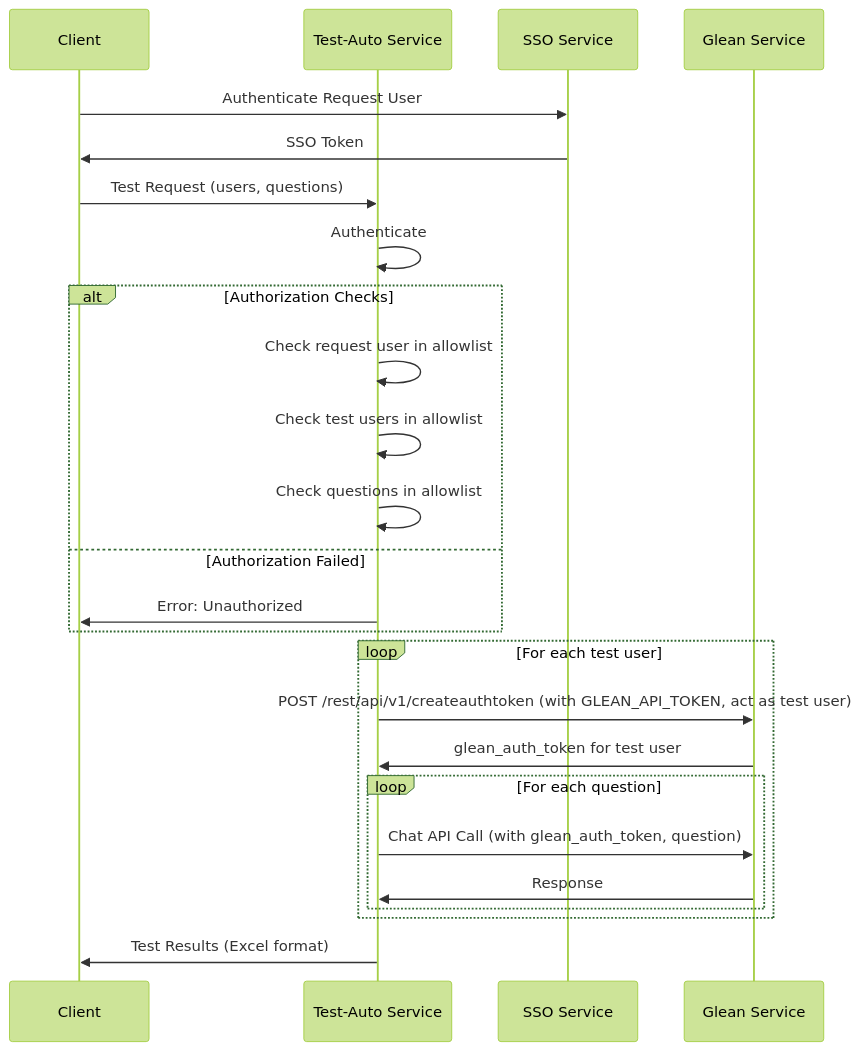
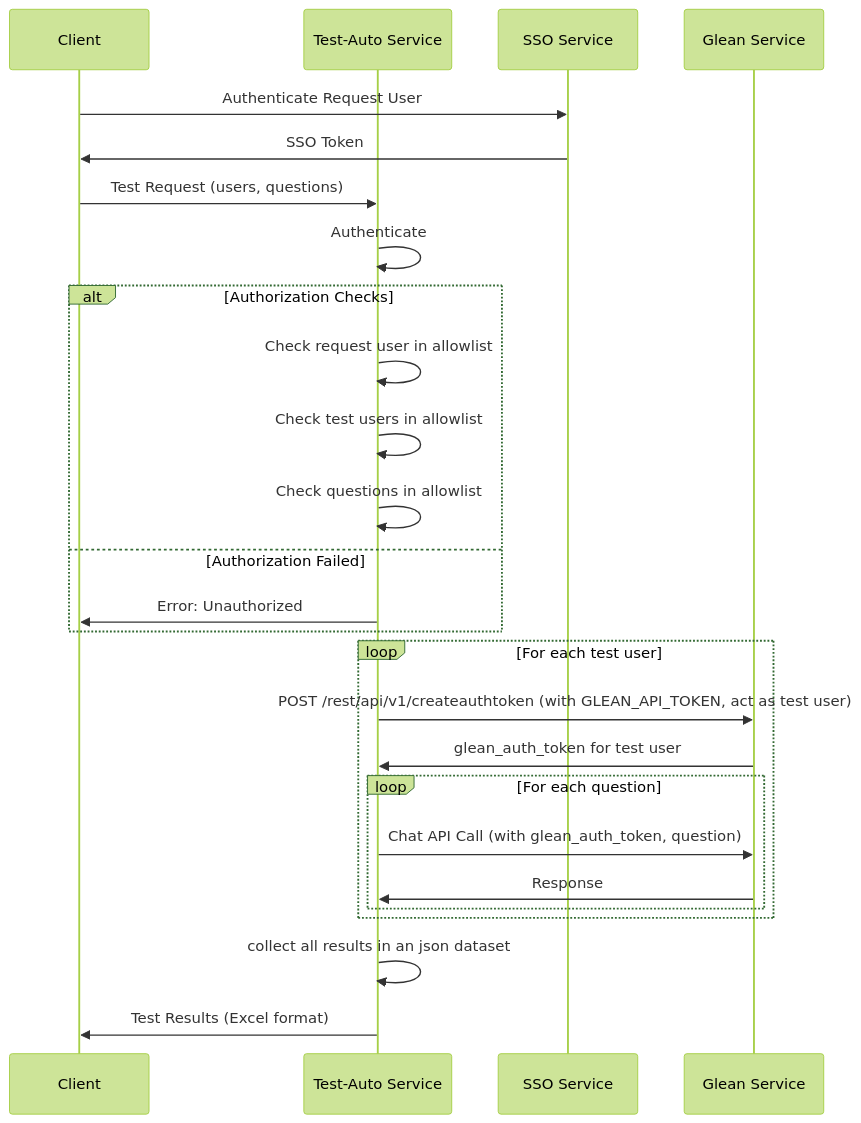
The second of 2 diagrams in test-automation-architecture.md (andrewhzy/test-automation), drawn with Mermaid (forest theme) before and after one commit. The commit also changed other lines of this file, not shown here.

````diff
--- a/test-automation-architecture.md
+++ b/test-automation-architecture.md
@@ -47,30 +47,31 @@
 ```mermaid
 sequenceDiagram
     participant C as Client
     participant TA as Test-Auto Service
     participant SSO as SSO Service
     participant G as Glean Service
     
     C->>SSO: Authenticate Request User
     SSO->>C: SSO Token
     C->>TA: Test Request (users, questions)
     TA->>TA: Authenticate
     
     alt Authorization Checks
         TA->>TA: Check request user in allowlist
         TA->>TA: Check test users in allowlist
         TA->>TA: Check questions in allowlist
     else Authorization Failed
         TA->>C: Error: Unauthorized
     end
     
     loop For each test user
         TA->>G: POST /rest/api/v1/createauthtoken (with GLEAN_API_TOKEN, act as test user)
         G->>TA: glean_auth_token for test user
         loop For each question
             TA->>G: Chat API Call (with glean_auth_token, question)
             G->>TA: Response
         end
     end
+    TA->>TA: collect all results in an json dataset
     TA->>C: Test Results (Excel format)
 ```
````
